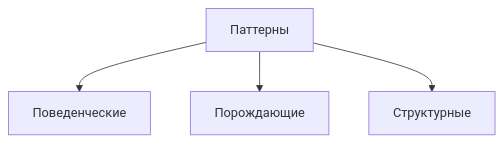
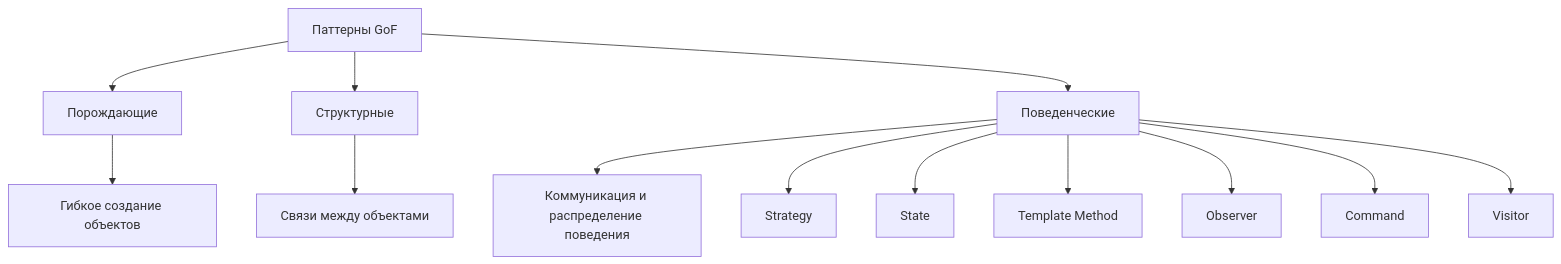
The first of 9 diagrams in lectures/Lec5/vitepress.md (Kert0n/KPO), drawn with Mermaid before and after one commit. The commit also changed other lines of this file and 9 other files, not shown here.

````diff
--- a/lectures/Lec5/vitepress.md
+++ b/lectures/Lec5/vitepress.md
@@ -10,6 +24,17 @@
 ```mermaid
 flowchart TD
-    Patterns[Паттерны] --> Behavioral[Поведенческие]
-    Patterns --> Creational[Порождающие]
-    Patterns --> Structural[Структурные]
+  Patterns[Паттерны GoF] --> Creational[Порождающие]
+  Patterns --> Structural[Структурные]
+  Patterns --> Behavioral[Поведенческие]
+
+  Creational --> CGoal[Гибкое создание объектов]
+  Structural --> SGoal[Связи между объектами]
+  Behavioral --> BGoal[Коммуникация и распределение поведения]
+
+  Behavioral --> StrategyNode[Strategy]
+  Behavioral --> StateNode[State]
+  Behavioral --> TemplateNode[Template Method]
+  Behavioral --> ObserverNode[Observer]
+  Behavioral --> CommandNode[Command]
+  Behavioral --> VisitorNode[Visitor]
 ```
````
